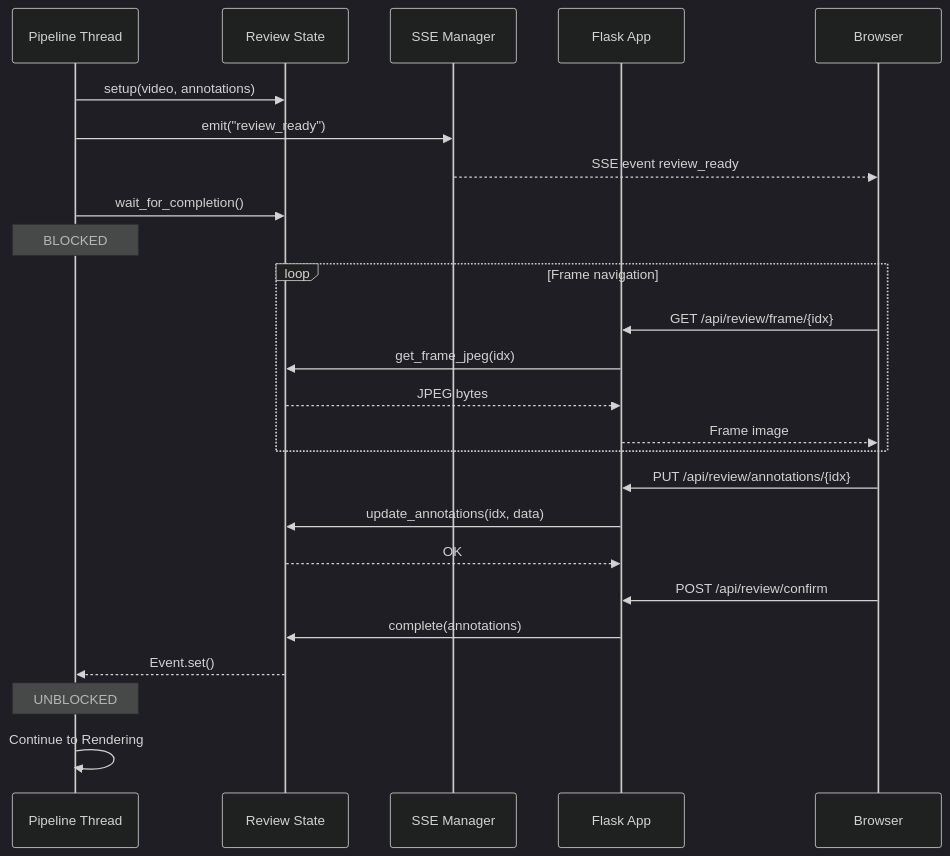
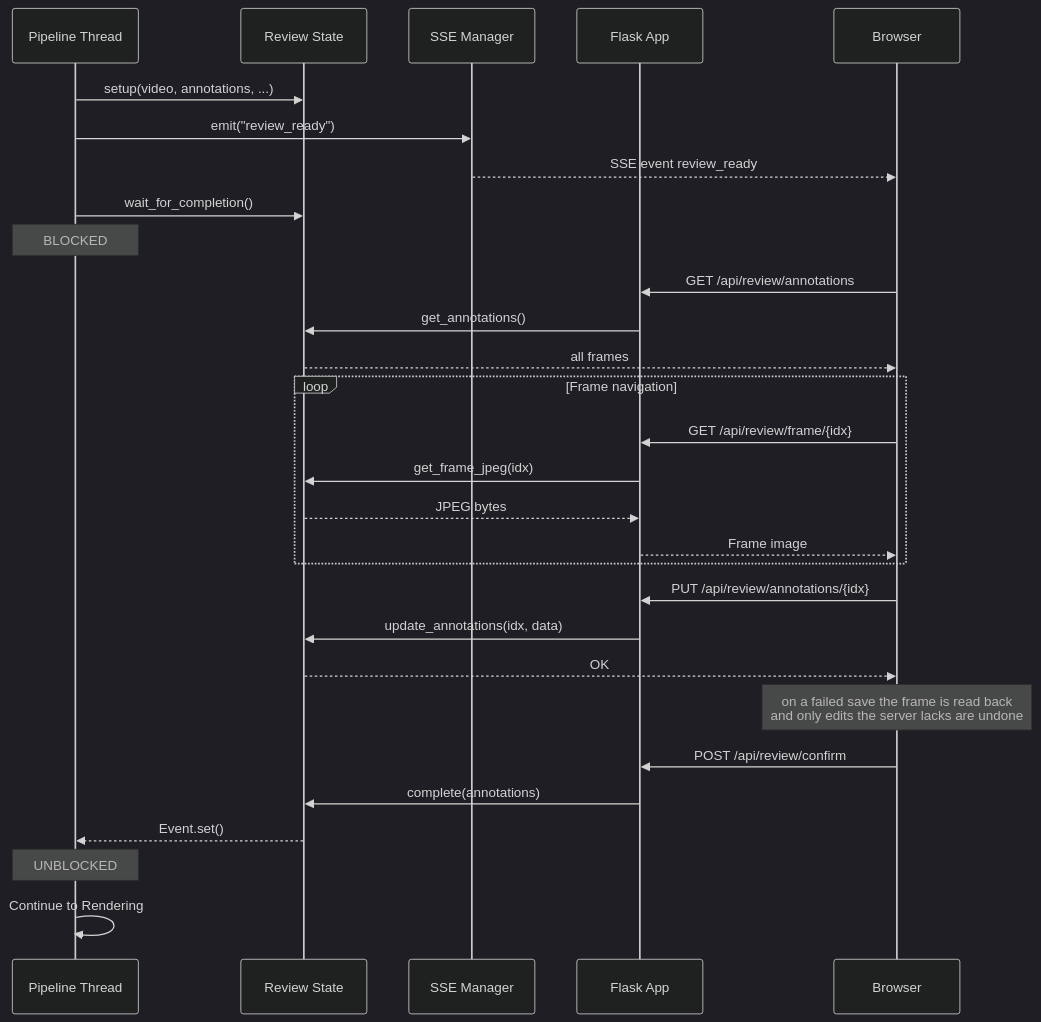
The second of 3 diagrams in docs/ARCHITECTURE.md (AndreaBonn/video-anonimyzer), drawn with Mermaid (dark theme) before and after one commit. The commit also changed other lines of this file and 22 other files, not shown here.

````diff
--- a/docs/ARCHITECTURE.md
+++ b/docs/ARCHITECTURE.md
@@ -49,31 +59,36 @@
 ```mermaid
 sequenceDiagram
   participant pt as Pipeline Thread
   participant rs as Review State
   participant sse as SSE Manager
   participant flask as Flask App
   participant browser as Browser
 
-  pt->>rs: setup(video, annotations)
+  pt->>rs: setup(video, annotations, ...)
   pt->>sse: emit("review_ready")
   sse-->>browser: SSE event review_ready
   pt->>rs: wait_for_completion()
   Note over pt: BLOCKED
+
+  browser->>flask: GET /api/review/annotations
+  flask->>rs: get_annotations()
+  rs-->>browser: all frames
 
   loop Frame navigation
     browser->>flask: GET /api/review/frame/{idx}
     flask->>rs: get_frame_jpeg(idx)
     rs-->>flask: JPEG bytes
     flask-->>browser: Frame image
   end
 
   browser->>flask: PUT /api/review/annotations/{idx}
   flask->>rs: update_annotations(idx, data)
-  rs-->>flask: OK
+  rs-->>browser: OK
+  Note over browser: on a failed save the frame is read back<br/>and only edits the server lacks are undone
 
   browser->>flask: POST /api/review/confirm
   flask->>rs: complete(annotations)
   rs-->>pt: Event.set()
   Note over pt: UNBLOCKED
   pt->>pt: Continue to Rendering
 ```
````
